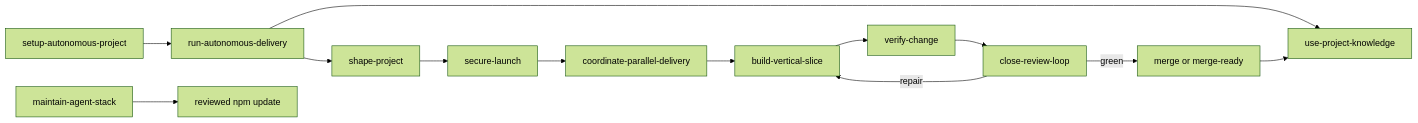
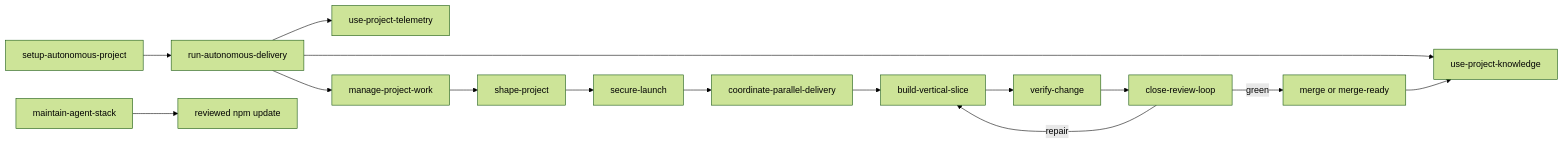
One commit to samtay32/ultimate-agent-stack changed the diagram in docs/SKILL_STACK.md. Above: the diagram before and after it, drawn with Mermaid (forest theme). The commit also changed other lines of this file and 26 other files, not shown here.

````diff
--- a/docs/SKILL_STACK.md
+++ b/docs/SKILL_STACK.md
@@ -24,15 +26,17 @@
 ```mermaid
 flowchart LR
     SET["setup-autonomous-project"] --> RUN["run-autonomous-delivery"]
     RUN --> KNOW["use-project-knowledge"]
-    RUN --> SHAPE["shape-project"]
+    RUN --> TELEMETRY["use-project-telemetry"]
+    RUN --> WORK["manage-project-work"]
+    WORK --> SHAPE["shape-project"]
     SHAPE --> SECURE["secure-launch"]
     SECURE --> COORD["coordinate-parallel-delivery"]
     COORD --> BUILD["build-vertical-slice"]
     BUILD --> VERIFY["verify-change"]
     VERIFY --> CLOSE["close-review-loop"]
     CLOSE -->|repair| BUILD
     CLOSE -->|green| DONE["merge or merge-ready"]
     DONE --> KNOW
     MAINTAIN["maintain-agent-stack"] --> PACKAGE["reviewed npm update"]
 ```
````
